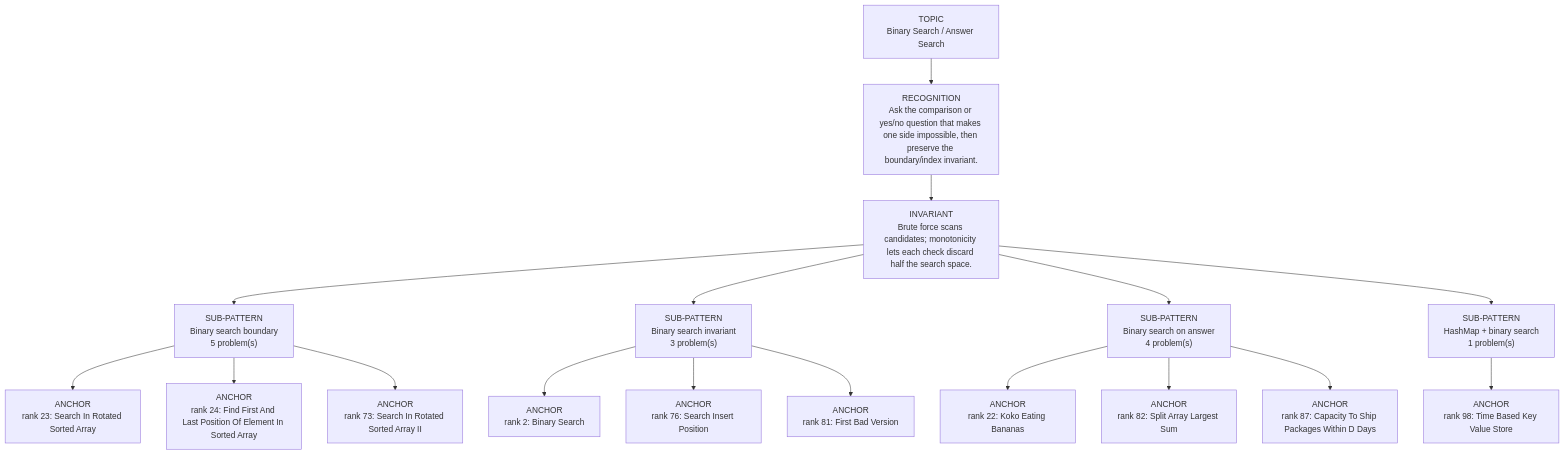
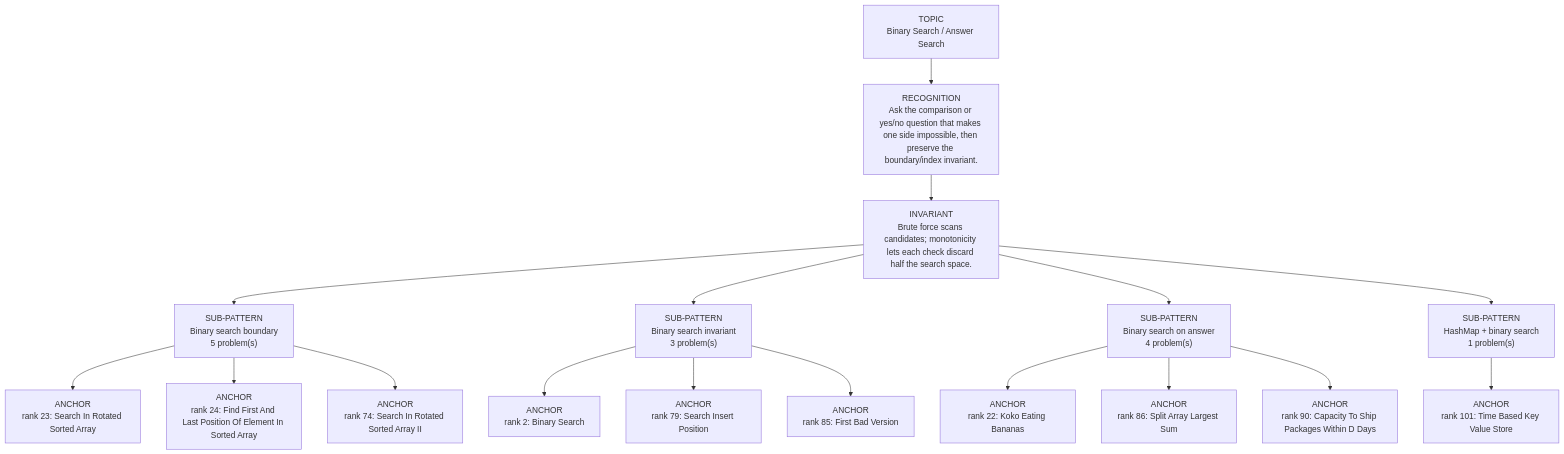
One commit to thechiranjeevjain/DSA10days changed the diagram in dsa-review/interview/patterns/02_binary_search.md. Above: the diagram before and after it, drawn with Mermaid. The commit also changed other lines of this file and 51 other files, not shown here.

````diff
--- a/dsa-review/interview/patterns/02_binary_search.md
+++ b/dsa-review/interview/patterns/02_binary_search.md
@@ -15,21 +15,21 @@
 ```mermaid
 flowchart TD
   Topic["TOPIC<br/>Binary Search / Answer Search"]
   Recognition["RECOGNITION<br/>Ask the comparison or yes/no question that makes one side impossible, then preserve the boundary/index invariant."]
   Invariant["INVARIANT<br/>Brute force scans candidates; monotonicity lets each check discard half the search space."]
   Topic --> Recognition --> Invariant
   Invariant --> Sub01["SUB-PATTERN<br/>Binary search boundary<br/>5 problem(s)"]
   Sub01 --> Sub01A01["ANCHOR<br/>rank 23: Search In Rotated Sorted Array"]
   Sub01 --> Sub01A02["ANCHOR<br/>rank 24: Find First And Last Position Of Element In Sorted Array"]
-  Sub01 --> Sub01A03["ANCHOR<br/>rank 73: Search In Rotated Sorted Array II"]
+  Sub01 --> Sub01A03["ANCHOR<br/>rank 74: Search In Rotated Sorted Array II"]
   Invariant --> Sub02["SUB-PATTERN<br/>Binary search invariant<br/>3 problem(s)"]
   Sub02 --> Sub02A01["ANCHOR<br/>rank 2: Binary Search"]
-  Sub02 --> Sub02A02["ANCHOR<br/>rank 76: Search Insert Position"]
-  Sub02 --> Sub02A03["ANCHOR<br/>rank 81: First Bad Version"]
+  Sub02 --> Sub02A02["ANCHOR<br/>rank 79: Search Insert Position"]
+  Sub02 --> Sub02A03["ANCHOR<br/>rank 85: First Bad Version"]
   Invariant --> Sub03["SUB-PATTERN<br/>Binary search on answer<br/>4 problem(s)"]
   Sub03 --> Sub03A01["ANCHOR<br/>rank 22: Koko Eating Bananas"]
-  Sub03 --> Sub03A02["ANCHOR<br/>rank 82: Split Array Largest Sum"]
-  Sub03 --> Sub03A03["ANCHOR<br/>rank 87: Capacity To Ship Packages Within D Days"]
+  Sub03 --> Sub03A02["ANCHOR<br/>rank 86: Split Array Largest Sum"]
+  Sub03 --> Sub03A03["ANCHOR<br/>rank 90: Capacity To Ship Packages Within D Days"]
   Invariant --> Sub04["SUB-PATTERN<br/>HashMap + binary search<br/>1 problem(s)"]
-  Sub04 --> Sub04A01["ANCHOR<br/>rank 98: Time Based Key Value Store"]
+  Sub04 --> Sub04A01["ANCHOR<br/>rank 101: Time Based Key Value Store"]
 ```
````
